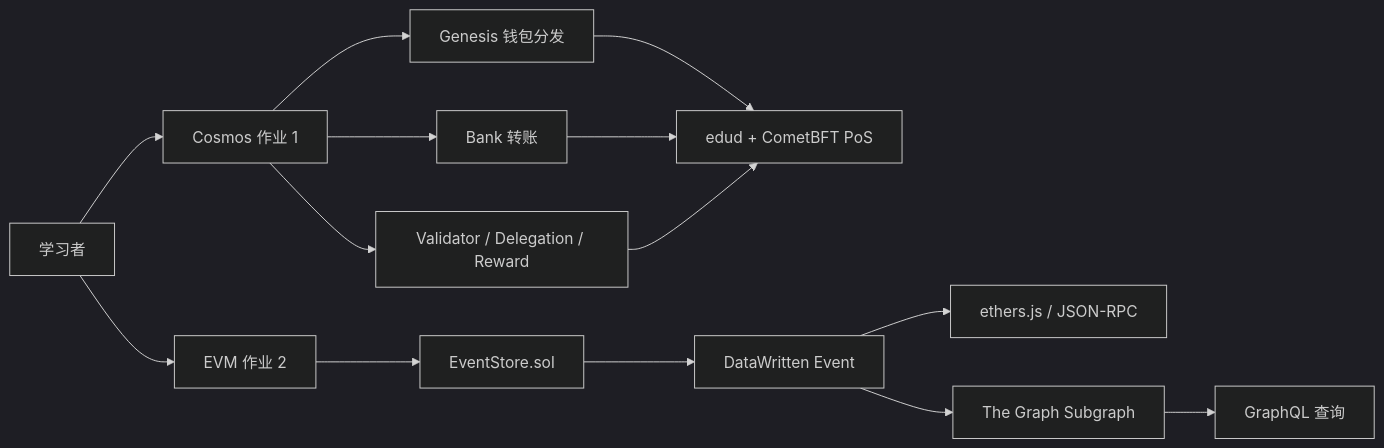
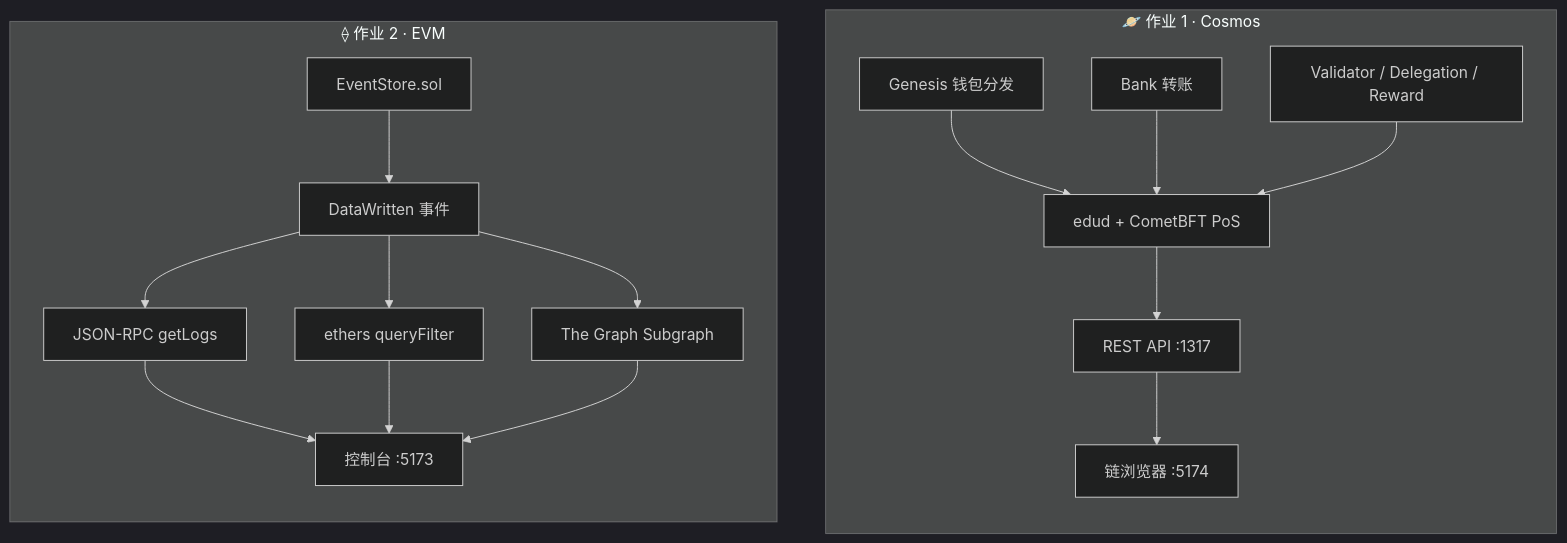
The diagram in README.md (Leon4868/blockchain-homework), drawn with Mermaid (dark theme) before and after one commit. The commit also changed other lines of this file and 3 other files, not shown here.

````diff
--- a/README.md
+++ b/README.md
@@ -40,18 +107,22 @@
 ```mermaid
-flowchart LR
-    A[学习者] --> C[Cosmos 作业 1]
-    A --> E[EVM 作业 2]
+flowchart TB
+    subgraph C["🪐 作业 1 · Cosmos"]
+        direction TB
+        C1[Genesis 钱包分发] --> C4
+        C2[Bank 转账] --> C4
+        C3[Validator / Delegation / Reward] --> C4
+        C4[edud + CometBFT PoS] --> C5[REST API :1317]
+        C5 --> C6[链浏览器 :5174]
+    end
 
-    C --> C1[Genesis 钱包分发]
-    C --> C2[Bank 转账]
-    C --> C3[Validator / Delegation / Reward]
-    C1 --> C4[edud + CometBFT PoS]
-    C2 --> C4
-    C3 --> C4
-
-    E --> E1[EventStore.sol]
-    E1 --> E2[DataWritten Event]
-    E2 --> E3[ethers.js / JSON-RPC]
-    E2 --> E4[The Graph Subgraph]
-    E4 --> E5[GraphQL 查询]
+    subgraph E["⟠ 作业 2 · EVM"]
+        direction TB
+        E1[EventStore.sol] --> E2[DataWritten 事件]
+        E2 --> E3[JSON-RPC getLogs]
+        E2 --> E4[ethers queryFilter]
+        E2 --> E5[The Graph Subgraph]
+        E3 --> E6[控制台 :5173]
+        E4 --> E6
+        E5 --> E6
+    end
 ```
````
